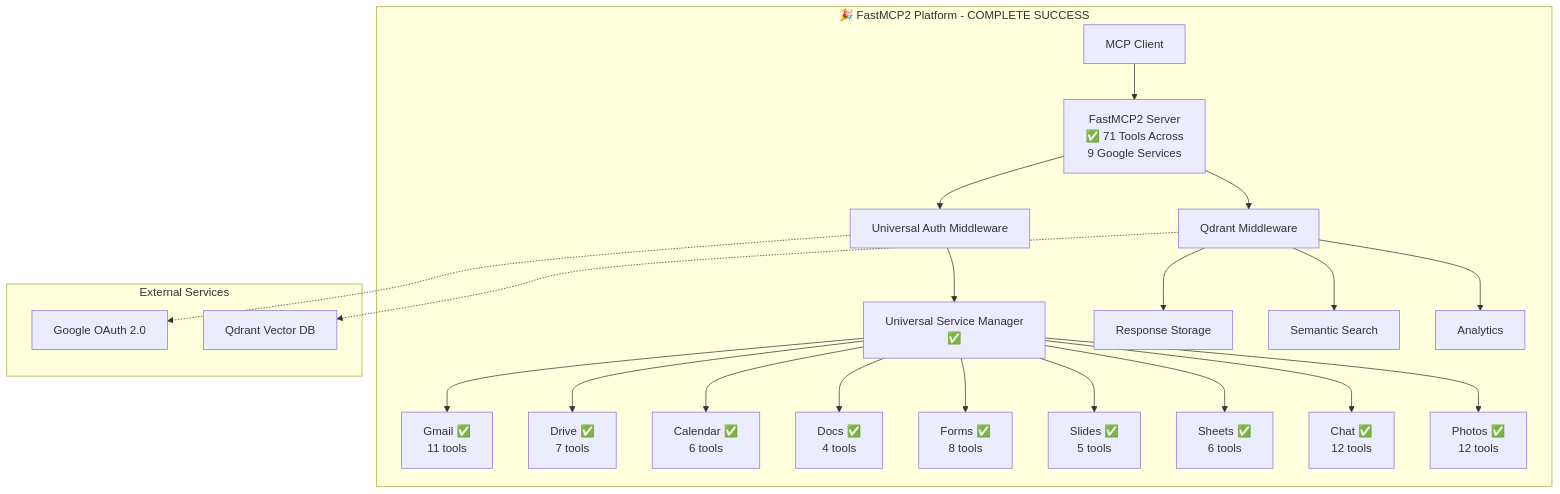
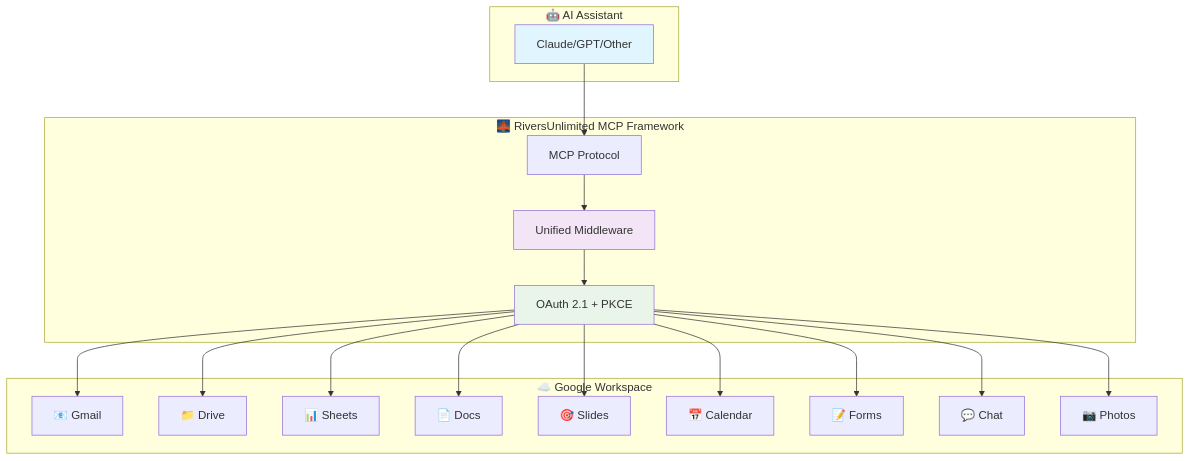
The first of 5 diagrams in README.md (dipseth/google_workspace_fastmcp2), drawn with Mermaid before and after one commit. The commit also changed other lines of this file and 106 other files, not shown here.

````diff
--- a/README.md
+++ b/README.md
@@ -66,31 +21,41 @@
 ```mermaid
 graph TB
-    subgraph "🎉 FastMCP2 Platform - COMPLETE SUCCESS"
-        A[MCP Client] --> B[FastMCP2 Server<br/>✅ 71 Tools Across<br/>9 Google Services]
-        B --> C[Universal Auth Middleware]
-        B --> D[Qdrant Middleware]
-        
-        C --> E[Universal Service Manager<br/>✅  ]
-        E --> F[Gmail ✅<br/>11 tools]
-        E --> G[Drive ✅<br/>7 tools]
-        E --> H[Calendar ✅<br/>6 tools]
-        E --> I[Docs ✅<br/>4 tools]
-        E --> J[Forms ✅<br/>8 tools]
-        E --> K[Slides ✅<br/>5 tools]
-        E --> L[Sheets ✅<br/>6 tools]
-        E --> M[Chat ✅<br/>12 tools]
-        E --> N[Photos ✅<br/>12 tools]
-        
-        D --> O[Response Storage]
-        D --> P[Semantic Search]
-        D --> Q[Analytics]
+    subgraph "🤖 AI Assistant"
+        A[Claude/GPT/Other]
     end
     
-    subgraph "External Services"
-        R[Google OAuth 2.0]
-        S[Qdrant Vector DB]
+    subgraph "🌉 RiversUnlimited MCP Framework"
+        B[MCP Protocol]
+        C[Unified Middleware]
+        D[OAuth 2.1 + PKCE]
     end
     
-    C -.-> R
-    D -.-> S
+    subgraph "☁️ Google Workspace"
+        E[📧 Gmail]
+        F[📁 Drive]
+        G[📊 Sheets]
+        H[📄 Docs]
+        I[🎯 Slides]
+        J[📅 Calendar]
+        K[📝 Forms]
+        L[💬 Chat]
+        M[📷 Photos]
+    end
+    
+    A --> B
+    B --> C
+    C --> D
+    D --> E
+    D --> F
+    D --> G
+    D --> H
+    D --> I
+    D --> J
+    D --> K
+    D --> L
+    D --> M
+    
+    style A fill:#e1f5fe
+    style C fill:#f3e5f5
+    style D fill:#e8f5e8
 ```
````
